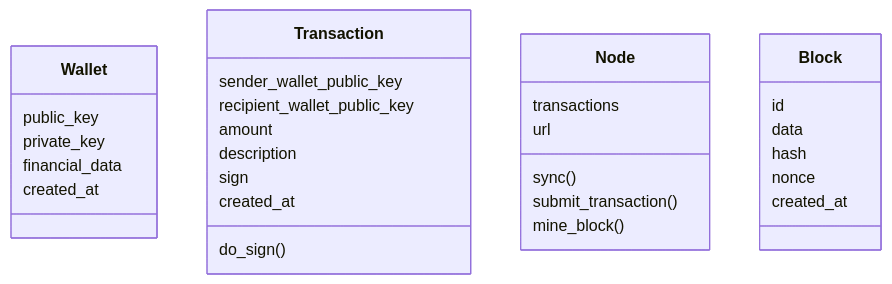
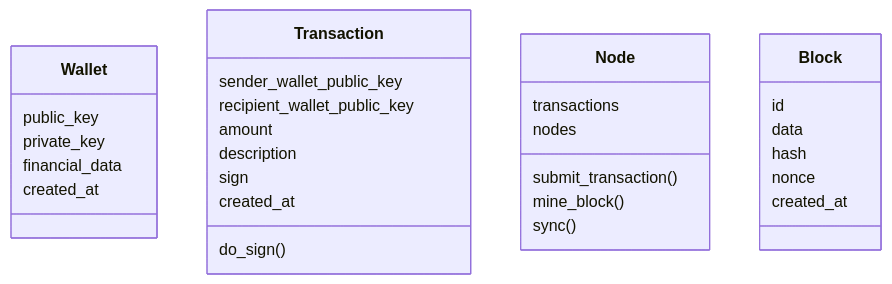
The diagram in README.md (victorabarros/CS50chain), drawn with Mermaid before and after one commit. The commit also changed other lines of this file, not shown here.

````diff
--- a/README.md
+++ b/README.md
@@ -42,35 +39,35 @@
 ```mermaid
 classDiagram
 class Wallet {
     public_key
     private_key
     financial_data
     created_at
 }
 
 class Transaction {
     sender_wallet_public_key
     recipient_wallet_public_key
     amount
     description
     sign
     created_at
     do_sign()
 }
 
 class Node {
     transactions
-    url
-    sync()
+    nodes
     submit_transaction()
     mine_block()
+    sync()
 }
 
 class Block {
     id
     data
     hash
     nonce
     created_at
 }
 ```
````
